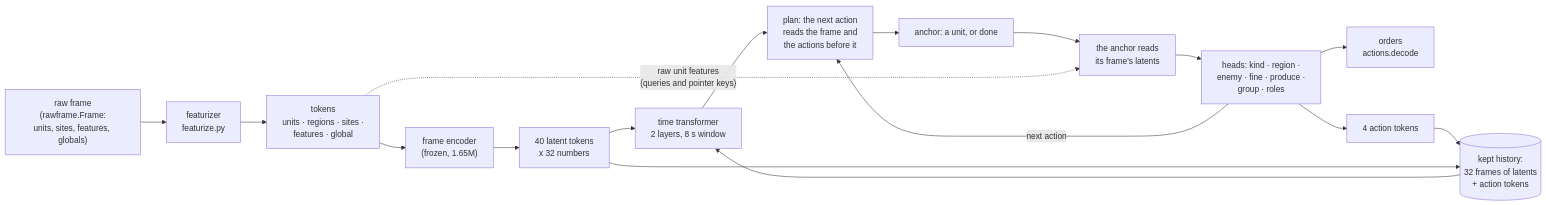
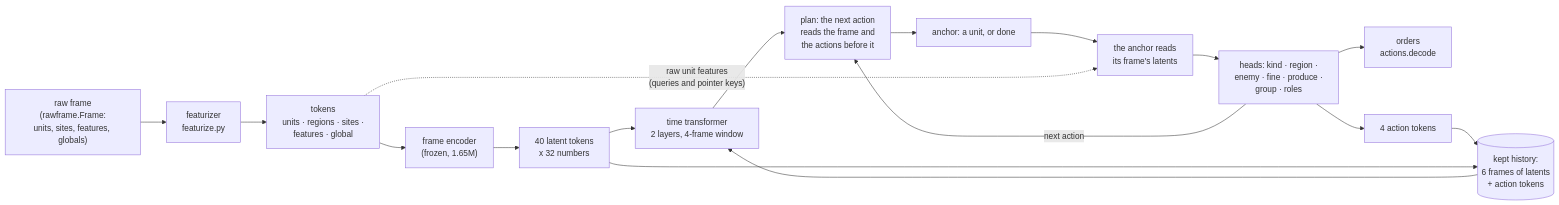
One commit to pts1667/zk-ArenaAI changed the first of 11 diagrams in docs/model.md. Above: the diagram before and after it, drawn with Mermaid. The commit also changed other lines of this file and 39 other files, not shown here.

````diff
--- a/docs/model.md
+++ b/docs/model.md
@@ -16,24 +17,24 @@
 ```mermaid
 flowchart LR
     RF["raw frame<br/>(rawframe.Frame:<br/>units, sites, features, globals)"]
     FZ["featurizer<br/>featurize.py"]
     TOK["tokens<br/>units · regions · sites ·<br/>features · global"]
     ENC["frame encoder<br/>(frozen, 1.65M)"]
     LAT["40 latent tokens<br/>x 32 numbers"]
-    TIME["time transformer<br/>2 layers, 8 s window"]
-    HIST[("kept history:<br/>32 frames of latents<br/>+ action tokens")]
+    TIME["time transformer<br/>2 layers, 4-frame window"]
+    HIST[("kept history:<br/>6 frames of latents<br/>+ action tokens")]
     PLAN["plan: the next action<br/>reads the frame and<br/>the actions before it"]
     ANC["anchor: a unit, or done"]
     READ["the anchor reads<br/>its frame's latents"]
     HEADS["heads: kind · region ·<br/>enemy · fine · produce ·<br/>group · roles"]
     ORD["orders<br/>actions.decode"]
     ACT["4 action tokens"]
 
     RF --> FZ --> TOK --> ENC --> LAT --> TIME
     HIST --> TIME
     TIME --> PLAN --> ANC --> READ --> HEADS --> ORD
     HEADS -- "next action" --> PLAN
     HEADS --> ACT --> HIST
     LAT --> HIST
     TOK -. "raw unit features<br/>(queries and pointer keys)" .-> READ
 ```
````
